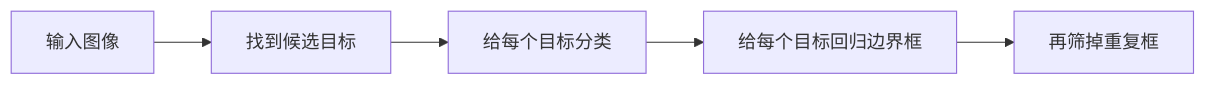
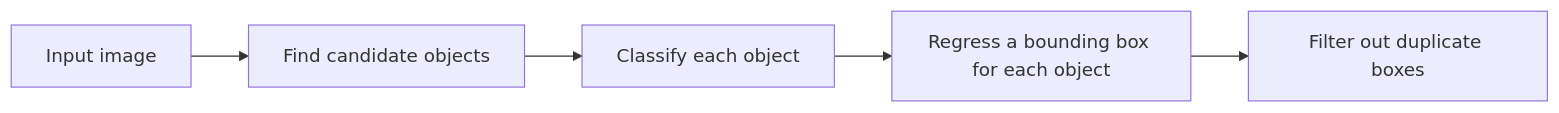
Before and after one commit to oudbiao/AI-fullstack-course: the diagram in docs/ch10-computer-vision/ch03-detection/01-detection-overview.md, drawn with Mermaid. The commit also changed other lines of this file and 1406 other files, not shown here.

````diff
--- a/docs/ch10-computer-vision/ch03-detection/01-detection-overview.md
+++ b/docs/ch10-computer-vision/ch03-detection/01-detection-overview.md
@@ -48,7 +48,7 @@
 ```mermaid
 flowchart LR
-    A["输入图像"] --> B["找到候选目标"]
-    B --> C["给每个目标分类"]
-    C --> D["给每个目标回归边界框"]
-    D --> E["再筛掉重复框"]
+    A["Input image"] --> B["Find candidate objects"]
+    B --> C["Classify each object"]
+    C --> D["Regress a bounding box for each object"]
+    D --> E["Filter out duplicate boxes"]
 ```
````
